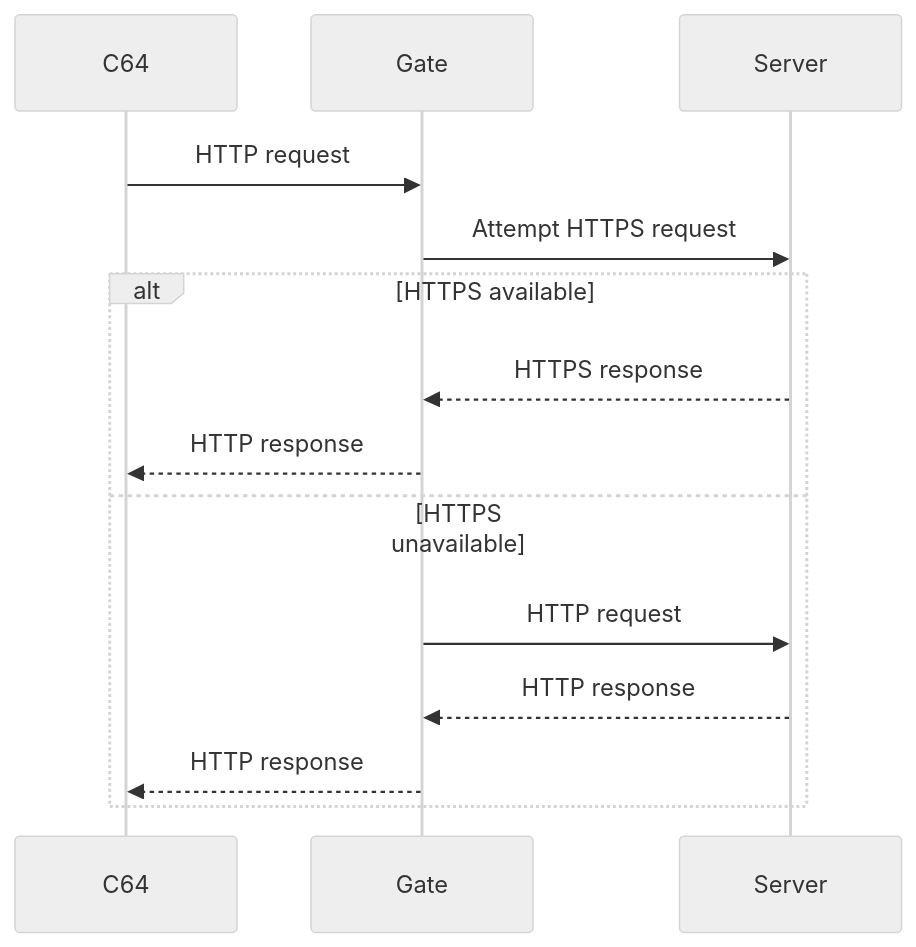
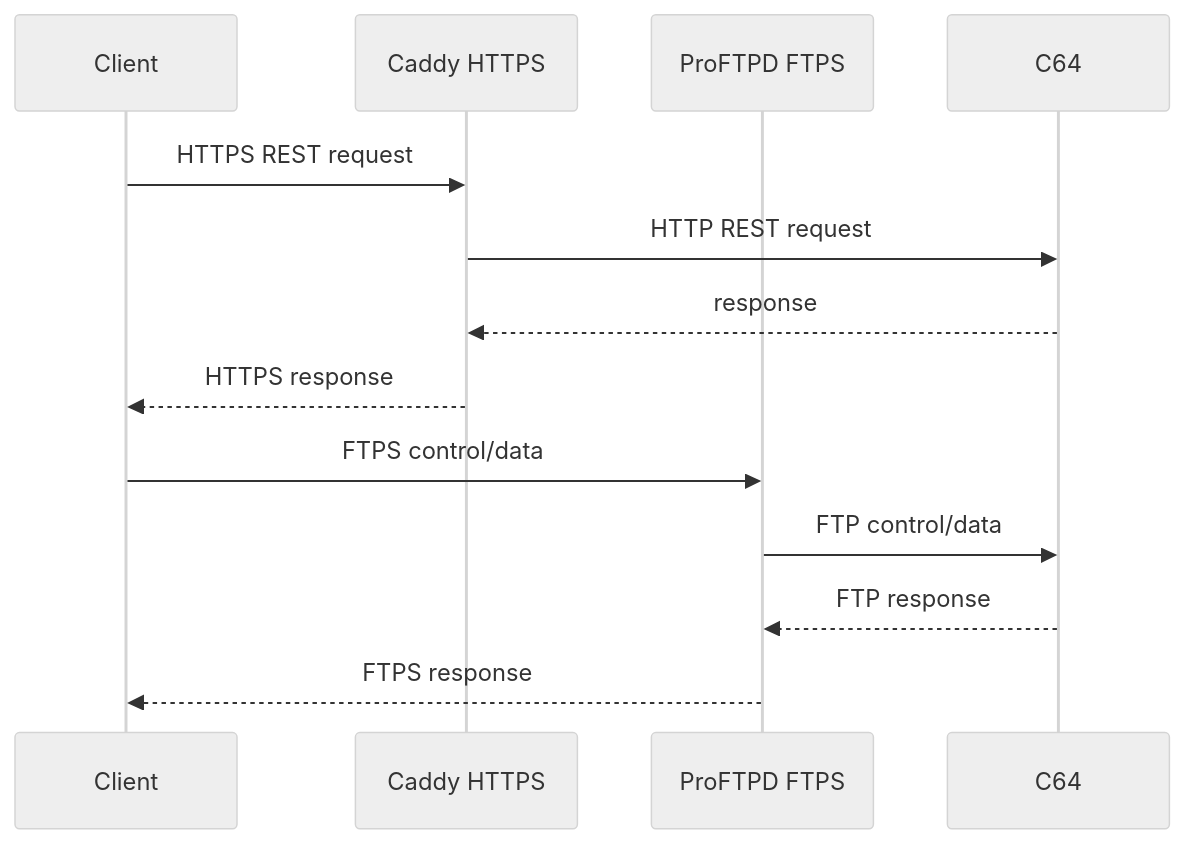
One commit to chrisgleissner/c64gate changed the fourth of 5 diagrams in doc/architecture.md. Above: the diagram before and after it, drawn with Mermaid (neutral theme). The commit also changed other lines of this file and 53 other files, not shown here.

````diff
--- a/doc/architecture.md
+++ b/doc/architecture.md
@@ -117,17 +585,17 @@
-``` mermaid
+```mermaid
 sequenceDiagram
+    participant Client
+    participant Caddy as Caddy HTTPS
+    participant FTPP as ProFTPD FTPS
     participant C64
-    participant Gate
-    participant Server
 
-    C64->>Gate: HTTP request
-    Gate->>Server: Attempt HTTPS request
-    alt HTTPS available
-        Server-->>Gate: HTTPS response
-        Gate-->>C64: HTTP response
-    else HTTPS unavailable
-        Gate->>Server: HTTP request
-        Server-->>Gate: HTTP response
-        Gate-->>C64: HTTP response
-    end
+    Client->>Caddy: HTTPS REST request
+    Caddy->>C64: HTTP REST request
+    C64-->>Caddy: response
+    Caddy-->>Client: HTTPS response
+
+    Client->>FTPP: FTPS control/data
+    FTPP->>C64: FTP control/data
+    C64-->>FTPP: FTP response
+    FTPP-->>Client: FTPS response
 ```
````
